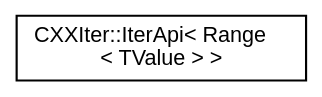
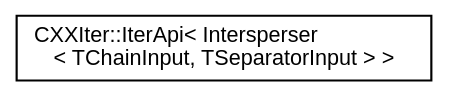
The diagram in inherit_graph_10.dot (seijikun/CXXIter), drawn with Graphviz before and after one commit. The commit also changed 78 other files, not shown here.

```diff
--- a/inherit_graph_10.dot
+++ b/inherit_graph_10.dot
@@ -1,10 +1,10 @@
 digraph "Graphical Class Hierarchy"
 {
  // INTERACTIVE_SVG=YES
  // LATEX_PDF_SIZE
   bgcolor="transparent";
   edge [fontname="Helvetica",fontsize="10",labelfontname="Helvetica",labelfontsize="10"];
   node [fontname="Helvetica",fontsize="10",shape=record];
   rankdir="LR";
-  Node0 [label="CXXIter::IterApi\< Range\l\< TValue \> \>",height=0.2,width=0.4,color="black",URL="$classCXXIter_1_1IterApi.html",tooltip=" "];
+  Node0 [label="CXXIter::IterApi\< Intersperser\l\< TChainInput, TSeparatorInput \> \>",height=0.2,width=0.4,color="black",URL="$classCXXIter_1_1IterApi.html",tooltip=" "];
 }
```
